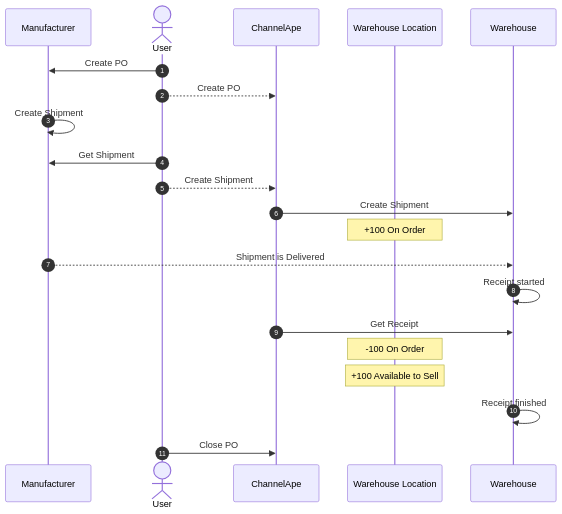
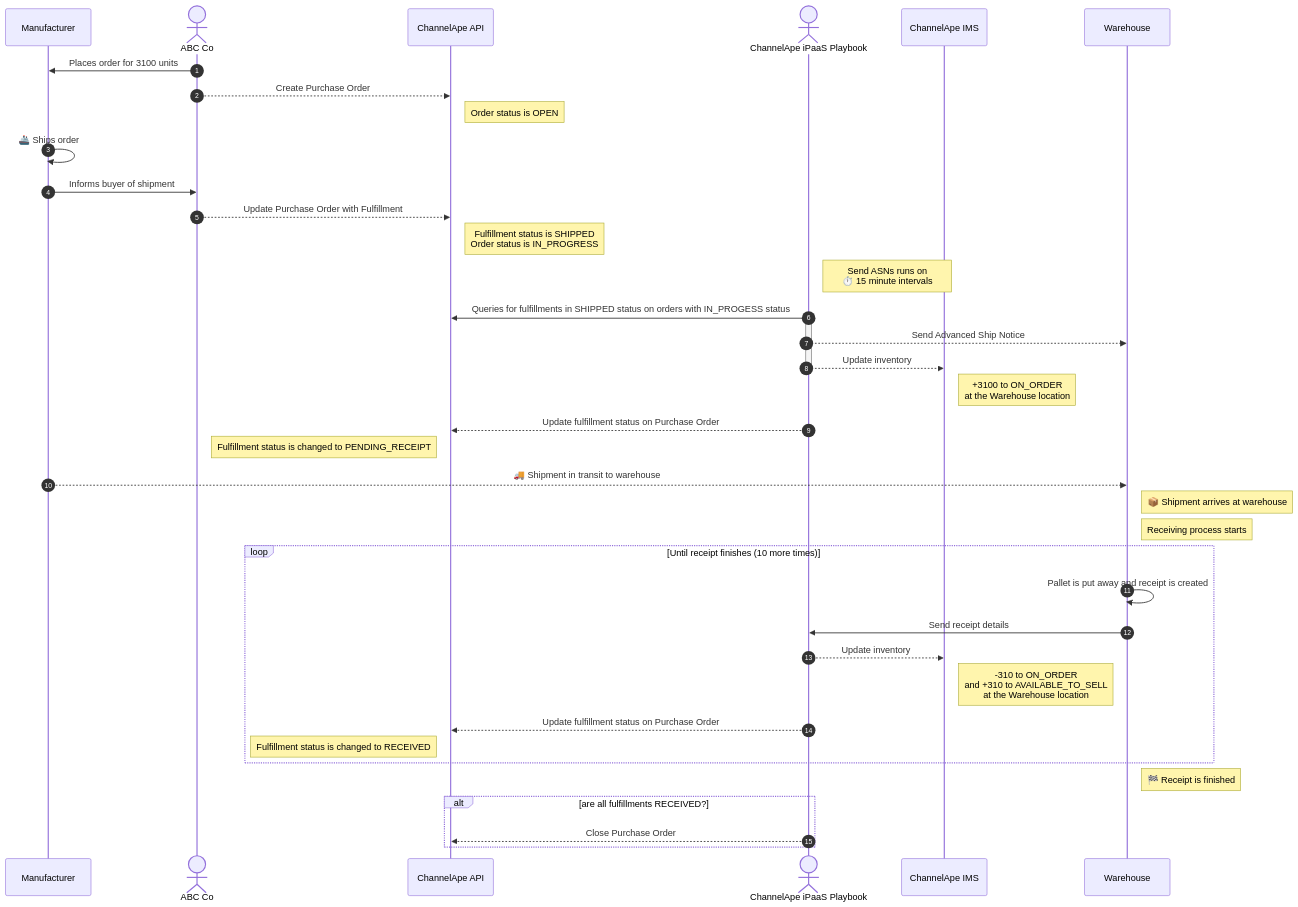
Before and after one commit to ChannelApe/channelape-docs: the diagram in data-flows/purchase-orders/README.md, drawn with Mermaid. The commit also changed other lines of this file, not shown here.

Commit message:
Added and detailed sequences

````diff
--- a/data-flows/purchase-orders/README.md
+++ b/data-flows/purchase-orders/README.md
@@ -65,24 +65,43 @@
 ```mermaid
 sequenceDiagram
     autonumber
     participant Manufacturer
-    actor User
-    participant ChannelApe
-    participant Warehouse Location
+    actor ABC Co
+    participant ChannelApe API
+    actor ChannelApe iPaaS Playbook
+    participant ChannelApe IMS
     participant Warehouse
 
-    User->>Manufacturer: Create PO
-    User-->>ChannelApe: Create PO
-    Manufacturer->>Manufacturer: Create Shipment
-    User->>Manufacturer: Get Shipment
-    User-->>ChannelApe: Create Shipment
-    ChannelApe->>Warehouse: Create Shipment
-    note over Warehouse Location: +100 On Order
-    Manufacturer-->>Warehouse: Shipment is Delivered
-    Warehouse->>Warehouse: Receipt started
-    ChannelApe->>Warehouse: Get Receipt
-    note over Warehouse Location: -100 On Order
-    note over Warehouse Location: +100 Available to Sell
-    Warehouse->>Warehouse: Receipt finished
-    User->>ChannelApe: Close PO
+    ABC Co->>Manufacturer: Places order for 3100 units
+    ABC Co-->>ChannelApe API: Create Purchase Order
+    note right of ChannelApe API: Order status is OPEN
+    Manufacturer->>Manufacturer: 🚢 Ships order
+    Manufacturer->>ABC Co: Informs buyer of shipment
+    ABC Co-->>ChannelApe API: Update Purchase Order with Fulfillment
+    note right of ChannelApe API: Fulfillment status is SHIPPED<br/>Order status is IN_PROGRESS
+    note right of ChannelApe iPaaS Playbook: Send ASNs runs on<br />⏱️ 15 minute intervals
+    ChannelApe iPaaS Playbook->>ChannelApe API: Queries for fulfillments in SHIPPED status on orders with IN_PROGESS status
+    activate ChannelApe iPaaS Playbook
+    ChannelApe iPaaS Playbook-->>Warehouse: Send Advanced Ship Notice
+    ChannelApe iPaaS Playbook-->>ChannelApe IMS: Update inventory
+    deactivate ChannelApe iPaaS Playbook
+    note right of ChannelApe IMS: +3100 to ON_ORDER<br/>at the Warehouse location
+    ChannelApe iPaaS Playbook-->>ChannelApe API: Update fulfillment status on Purchase Order
+    note left of ChannelApe API: Fulfillment status is changed to PENDING_RECEIPT
+    
+    Manufacturer-->>Warehouse:  🚚 Shipment in transit to warehouse
+    note right of Warehouse: 📦 Shipment arrives at warehouse
+    note right of Warehouse: Receiving process starts
+    loop Until receipt finishes (10 more times)
+    Warehouse->>Warehouse: Pallet is put away and receipt is created
+    Warehouse->>ChannelApe iPaaS Playbook: Send receipt details
+    ChannelApe iPaaS Playbook-->>ChannelApe IMS: Update inventory
+    note right of ChannelApe IMS: -310 to ON_ORDER<br/>and +310 to AVAILABLE_TO_SELL<br/>at the Warehouse location
+    ChannelApe iPaaS Playbook-->>ChannelApe API: Update fulfillment status on Purchase Order
+    note left of ChannelApe API: Fulfillment status is changed to RECEIVED
+    end
+    note right of Warehouse: 🏁 Receipt is finished
+    alt are all fulfillments RECEIVED?
+    ChannelApe iPaaS Playbook-->>ChannelApe API: Close Purchase Order
+    end
 ```
````
